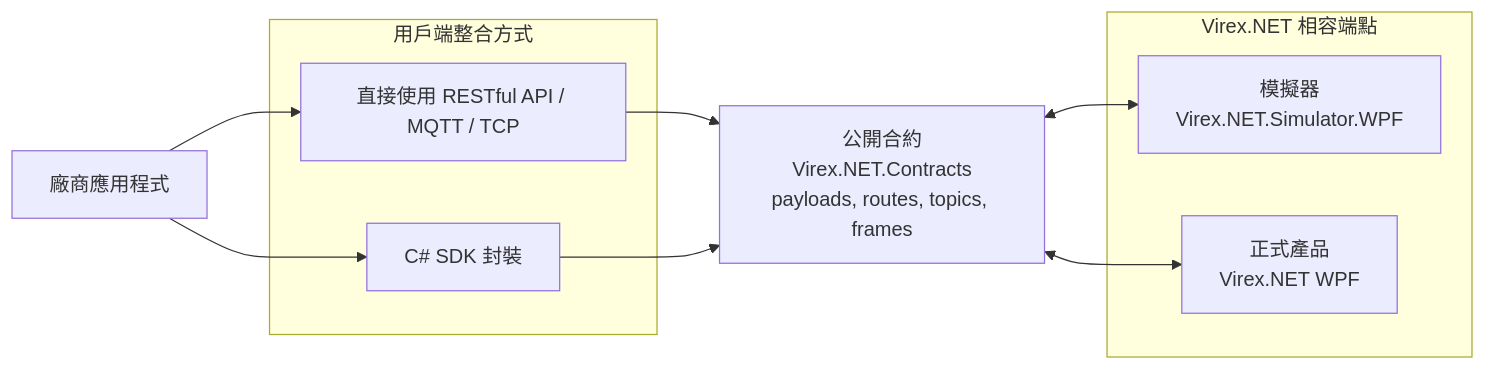
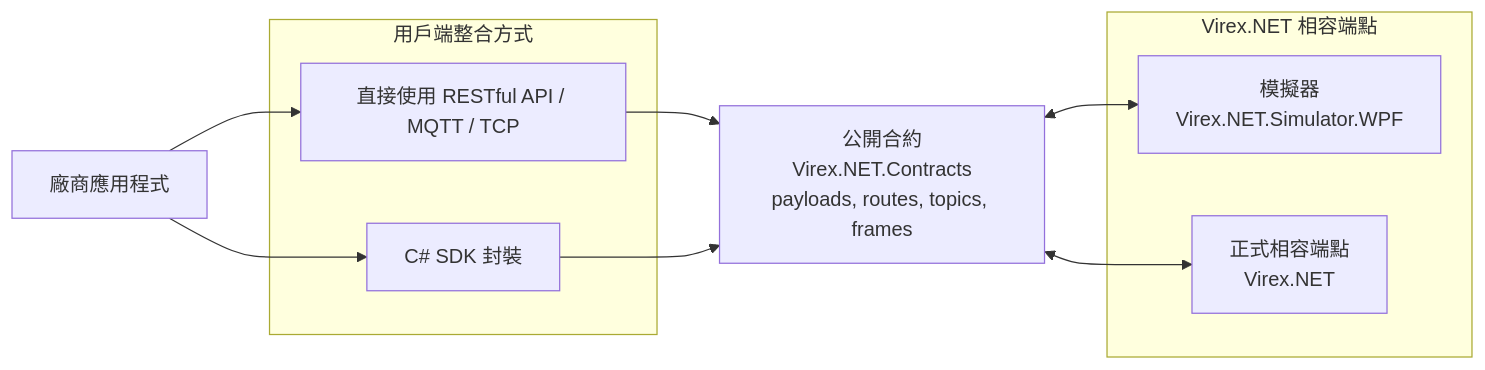
Before and after one commit to vstechnology-tw/vst-virex.net.integration: the diagram in docs/integration-model.zh-Hant.md, drawn with Mermaid. The commit also changed other lines of this file and 53 other files, not shown here.

````diff
--- a/docs/integration-model.zh-Hant.md
+++ b/docs/integration-model.zh-Hant.md
@@ -7,23 +7,23 @@
 ```mermaid
 flowchart LR
     Vendor["廠商應用程式"]
 
     subgraph ClientSide["用戶端整合方式"]
         Raw["直接使用 RESTful API / MQTT / TCP"]
         Sdk["C# SDK 封裝"]
     end
 
     Contract["公開合約\nVirex.NET.Contracts\npayloads, routes, topics, frames"]
 
     subgraph CompatibleEndpoint["Virex.NET 相容端點"]
         Simulator["模擬器\nVirex.NET.Simulator.WPF"]
-        Production["正式產品\nVirex.NET WPF"]
+        Production["正式相容端點\nVirex.NET"]
     end
 
     Vendor --> Raw
     Vendor --> Sdk
     Raw --> Contract
     Sdk --> Contract
     Contract <--> Simulator
     Contract <--> Production
 ```
````
